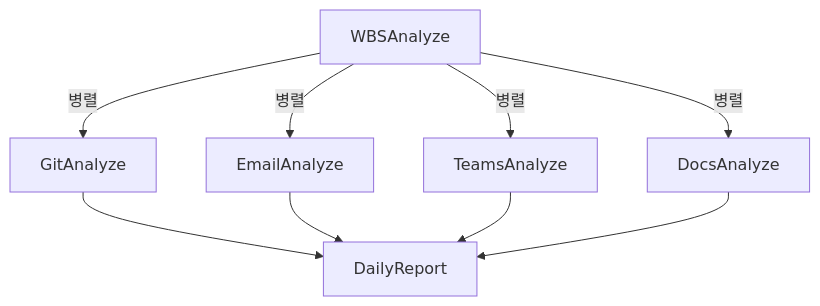
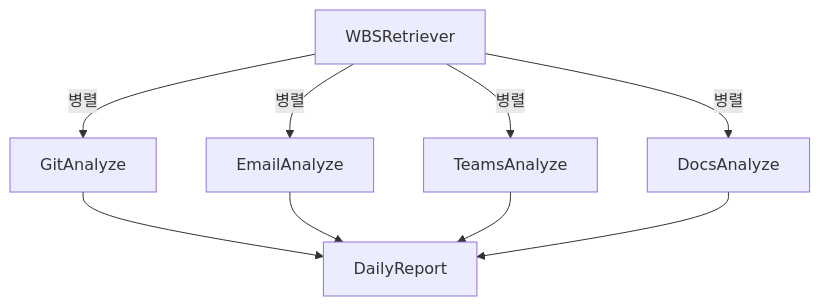
The second of 4 diagrams in README.md (skala-yAXim/AI-end), drawn with Mermaid before and after one commit. The commit also changed other lines of this file and 19 other files, not shown here.

````diff
--- a/README.md
+++ b/README.md
@@ -33,11 +91,11 @@
  ```mermaid
 graph TD;
-    WBSAnalyze -->|병렬| GitAnalyze
-    WBSAnalyze -->|병렬| EmailAnalyze
-    WBSAnalyze -->|병렬| TeamsAnalyze
-    WBSAnalyze -->|병렬| DocsAnalyze
+    WBSRetriever -->|병렬| GitAnalyze
+    WBSRetriever -->|병렬| EmailAnalyze
+    WBSRetriever -->|병렬| TeamsAnalyze
+    WBSRetriever -->|병렬| DocsAnalyze
     GitAnalyze --> DailyReport
     EmailAnalyze --> DailyReport
     TeamsAnalyze --> DailyReport
     DocsAnalyze --> DailyReport
 ```
````
